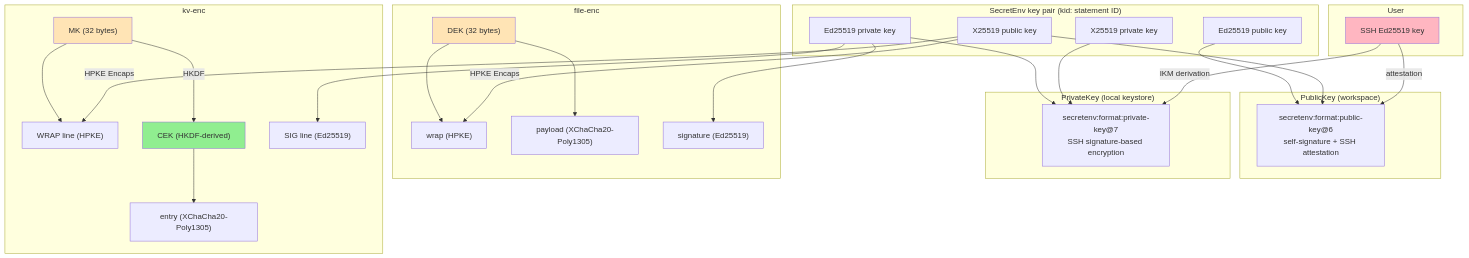
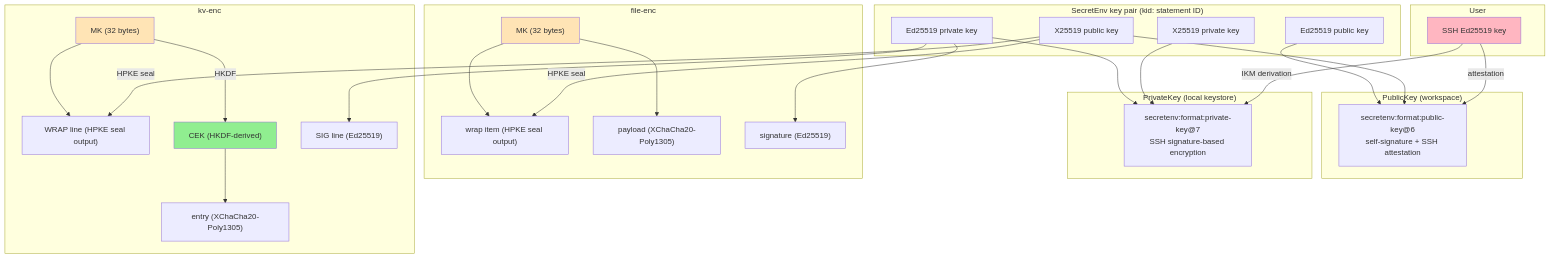
One commit to ebisawa/kapsaro changed the sixth of 6 diagrams in guides/security_design_en.md. Above: the diagram before and after it, drawn with Mermaid. The commit also changed other lines of this file and 271 other files, not shown here.

````diff
--- a/guides/security_design_en.md
+++ b/guides/security_design_en.md
@@ -1539,59 +1444,59 @@
 ```mermaid
 graph TB
     subgraph user["User"]
         SSH["SSH Ed25519 key"]
     end
 
     subgraph secretenv_keys["SecretEnv key pair (kid: statement ID)"]
         KEM_PK["X25519 public key"]
         KEM_SK["X25519 private key"]
         SIG_PK["Ed25519 public key"]
         SIG_SK["Ed25519 private key"]
     end
 
     subgraph public_key["PublicKey (workspace)"]
         PK_DOC["secretenv:format:public-key@6<br/>self-signature + SSH attestation"]
     end
 
     subgraph private_key["PrivateKey (local keystore)"]
         PK_ENC["secretenv:format:private-key@7<br/>SSH signature-based encryption"]
     end
 
     subgraph file_enc["file-enc"]
-        DEK["DEK (32 bytes)"]
-        FILE_WRAP["wrap (HPKE)"]
+        FILE_MK["MK (32 bytes)"]
+        FILE_WRAP["wrap item (HPKE seal output)"]
         FILE_PAYLOAD["payload (XChaCha20-Poly1305)"]
         FILE_SIG["signature (Ed25519)"]
     end
 
     subgraph kv_enc["kv-enc"]
         MK["MK (32 bytes)"]
-        KV_WRAP["WRAP line (HPKE)"]
+        KV_WRAP["WRAP line (HPKE seal output)"]
         CEK["CEK (HKDF-derived)"]
         ENTRY["entry (XChaCha20-Poly1305)"]
         KV_SIG["SIG line (Ed25519)"]
     end
 
     SSH -->|attestation| PK_DOC
     SSH -->|IKM derivation| PK_ENC
     KEM_PK --> PK_DOC
     SIG_PK --> PK_DOC
     KEM_SK --> PK_ENC
     SIG_SK --> PK_ENC
 
-    KEM_PK -->|HPKE Encaps| FILE_WRAP
-    KEM_PK -->|HPKE Encaps| KV_WRAP
-    DEK --> FILE_WRAP
-    DEK --> FILE_PAYLOAD
+    KEM_PK -->|HPKE seal| FILE_WRAP
+    KEM_PK -->|HPKE seal| KV_WRAP
+    FILE_MK --> FILE_WRAP
+    FILE_MK --> FILE_PAYLOAD
     SIG_SK --> FILE_SIG
 
     MK --> KV_WRAP
     MK -->|HKDF| CEK
     CEK --> ENTRY
     SIG_SK --> KV_SIG
 
     style SSH fill:#FFB6C1
-    style DEK fill:#FFE4B5
+    style FILE_MK fill:#FFE4B5
     style MK fill:#FFE4B5
     style CEK fill:#90EE90
 ```
````
